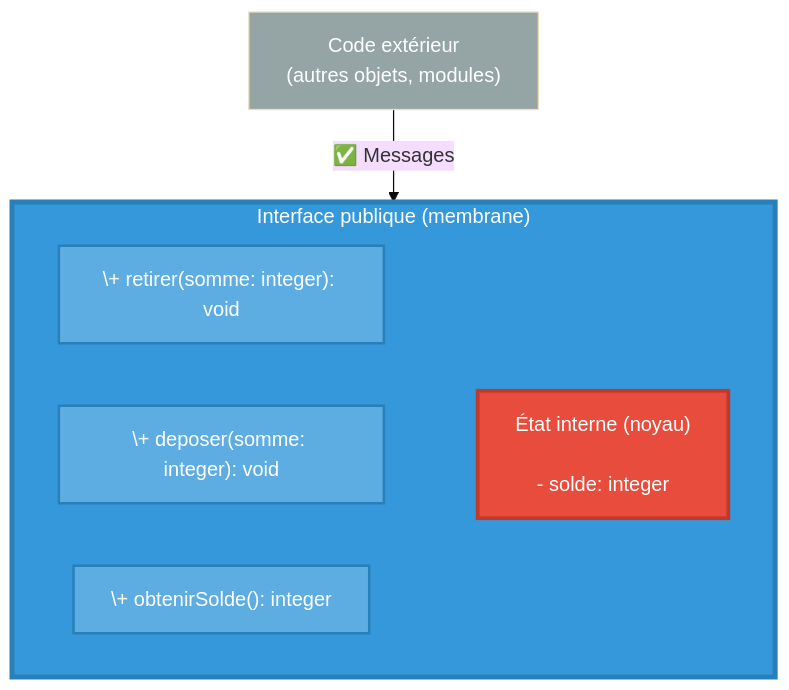
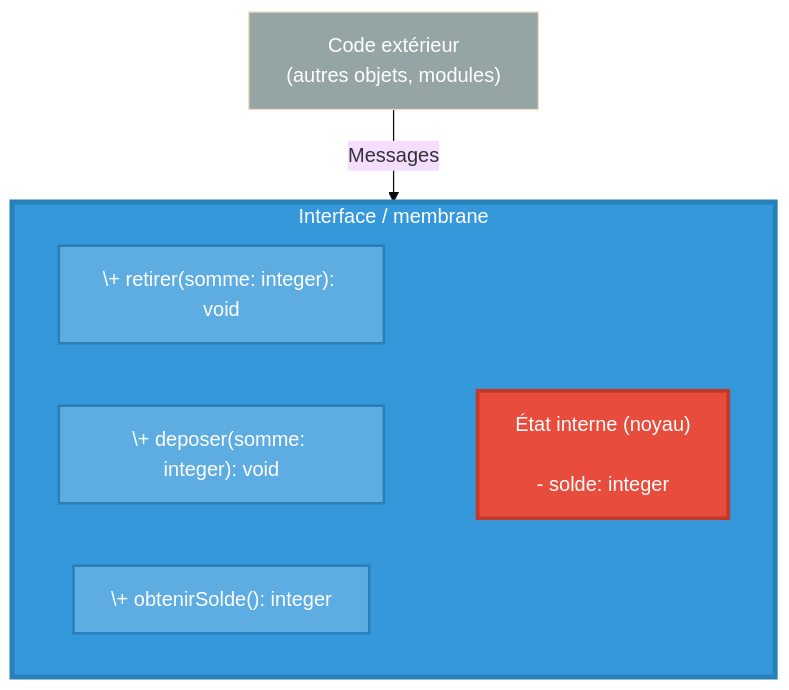
Before and after one commit to AlexDmr/l3m-2026-2027-apo: the diagram in Cours/BasesPOO/pourquoi-des-objets.md, drawn with Mermaid (base theme). The commit also changed other lines of this file, not shown here.

````diff
--- a/Cours/BasesPOO/pourquoi-des-objets.md
+++ b/Cours/BasesPOO/pourquoi-des-objets.md
@@ -61,25 +65,25 @@
 ```mermaid
 graph TB
     EXT["Code extérieur<br/>(autres objets, modules)"]
     
-    subgraph MEMBRANE["Interface publique (membrane)"]
+    subgraph MEMBRANE["Interface / membrane"]
         M1["\+ retirer(somme: integer): void"]
         M2["\+ deposer(somme: integer): void"]
         M3["\+ obtenirSolde(): integer"]
         
         NOYAU["État interne (noyau)<br/><br/>- solde: integer<br/>"]
         
         M1 ~~~ NOYAU
         M2 ~~~ NOYAU
         M3 ~~~ NOYAU
     end
     
-    EXT -->|"✅ Messages"| MEMBRANE
+    EXT -->|"Messages"| MEMBRANE
     
     style MEMBRANE fill:#3498db,stroke:#2980b9,stroke-width:4px,color:#fff
     style NOYAU fill:#e74c3c,stroke:#c0392b,stroke-width:3px,color:#fff
     style M1 fill:#5dade2,stroke:#2980b9,stroke-width:2px,color:#fff
     style M2 fill:#5dade2,stroke:#2980b9,stroke-width:2px,color:#fff
     style M3 fill:#5dade2,stroke:#2980b9,stroke-width:2px,color:#fff
     style EXT fill:#95a5a6,color:#fff
 ```
````
